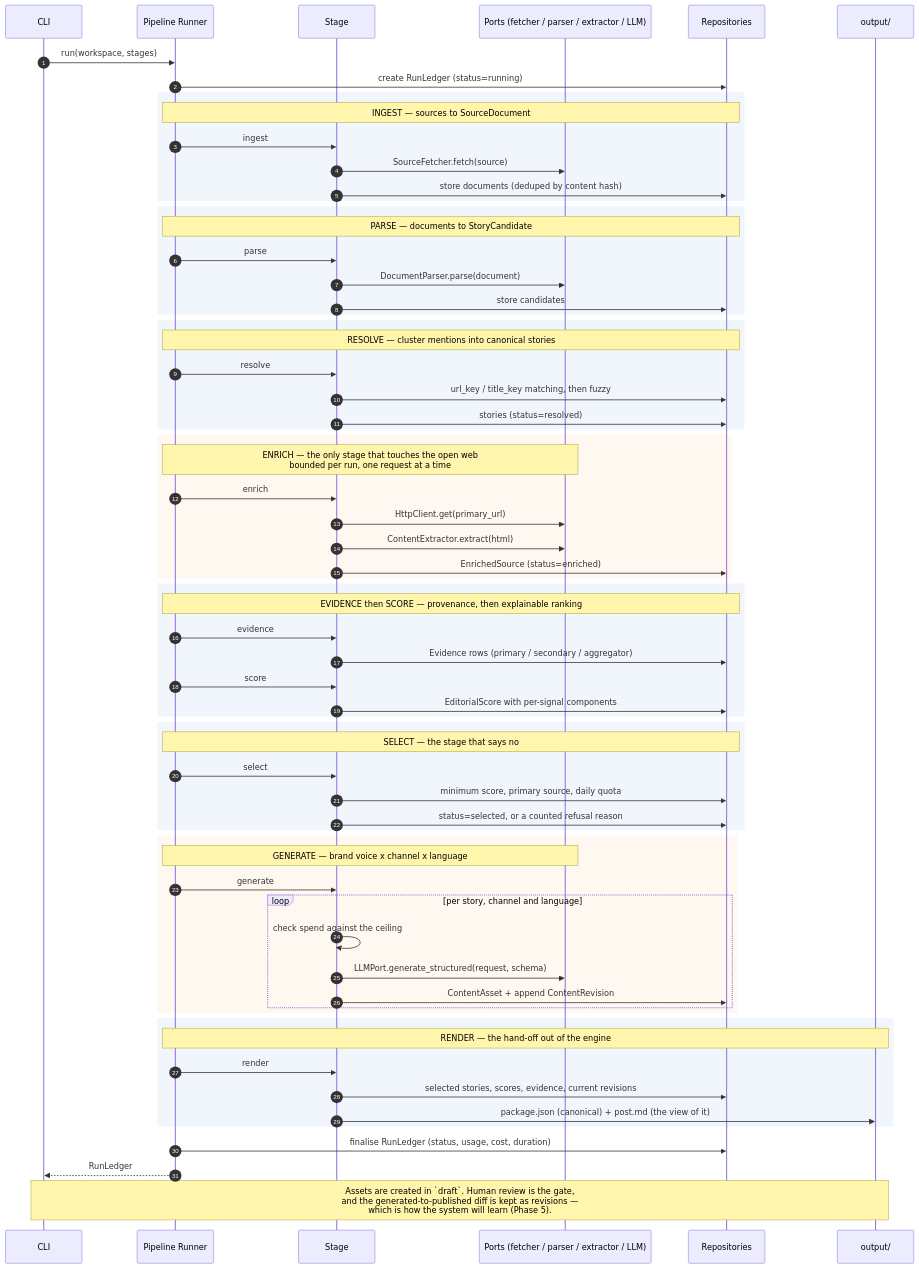
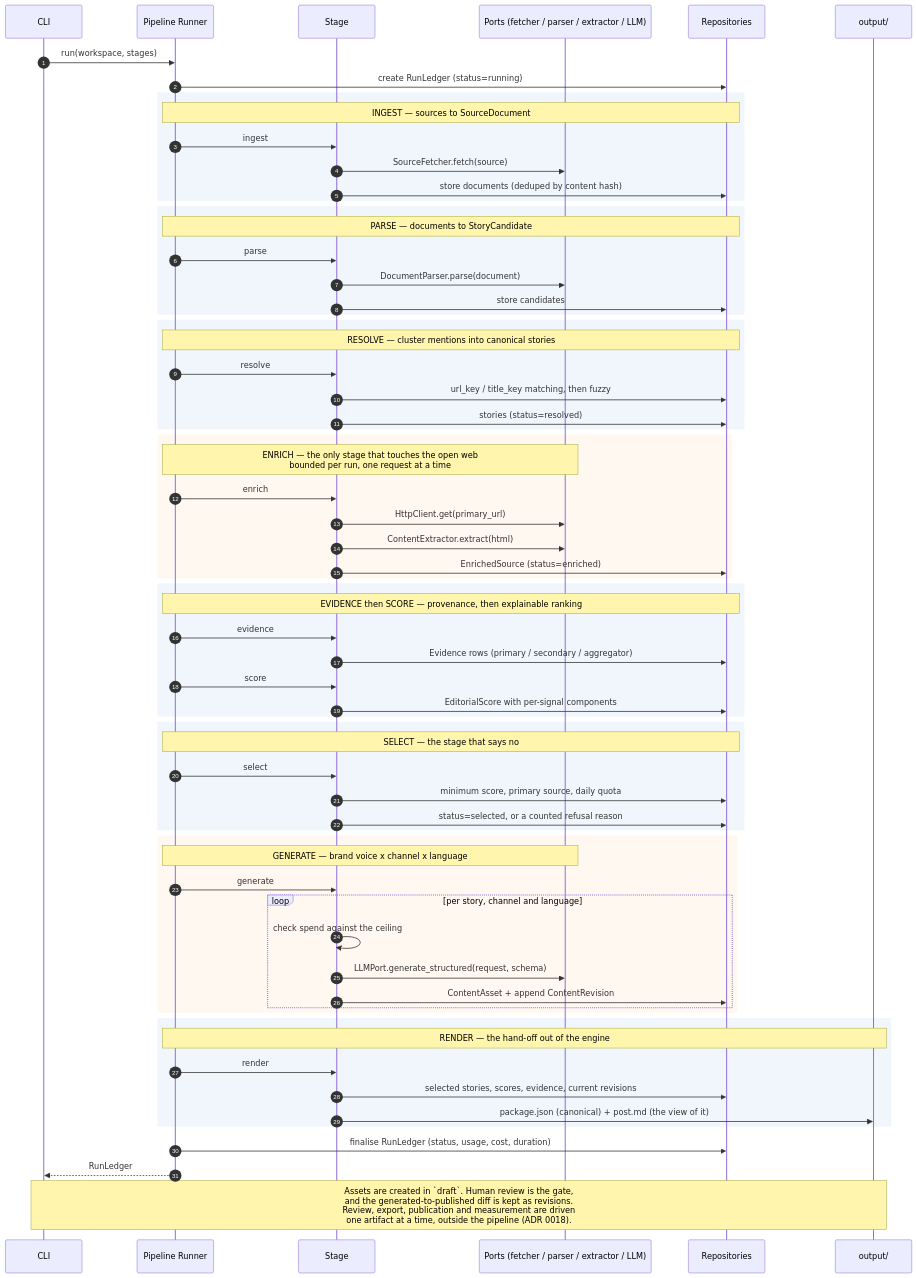
One commit to basltamr31-glitch/AI-Media-Engine changed the sixth of 6 diagrams in docs/DIAGRAMS.md. Above: the diagram before and after it, drawn with Mermaid. The commit also changed other lines of this file and 37 other files, not shown here.

First line of the commit message:
feat(review): phase 5 — review, channel export, publication and measurement

````diff
--- a/docs/DIAGRAMS.md
+++ b/docs/DIAGRAMS.md
@@ -271,79 +271,79 @@
 ```mermaid
 sequenceDiagram
     autonumber
     participant CLI
     participant Runner as Pipeline Runner
     participant Stage
     participant Ports as Ports (fetcher / parser / extractor / LLM)
     participant Repo as Repositories
     participant FS as output/
 
     CLI->>Runner: run(workspace, stages)
     Runner->>Repo: create RunLedger (status=running)
 
     rect rgb(240, 246, 252)
     note over Runner,Repo: INGEST — sources to SourceDocument
     Runner->>Stage: ingest
     Stage->>Ports: SourceFetcher.fetch(source)
     Stage->>Repo: store documents (deduped by content hash)
     end
 
     rect rgb(240, 246, 252)
     note over Runner,Repo: PARSE — documents to StoryCandidate
     Runner->>Stage: parse
     Stage->>Ports: DocumentParser.parse(document)
     Stage->>Repo: store candidates
     end
 
     rect rgb(240, 246, 252)
     note over Runner,Repo: RESOLVE — cluster mentions into canonical stories
     Runner->>Stage: resolve
     Stage->>Repo: url_key / title_key matching, then fuzzy
     Stage->>Repo: stories (status=resolved)
     end
 
     rect rgb(255, 248, 240)
     note over Runner,Ports: ENRICH — the only stage that touches the open web<br/>bounded per run, one request at a time
     Runner->>Stage: enrich
     Stage->>Ports: HttpClient.get(primary_url)
     Stage->>Ports: ContentExtractor.extract(html)
     Stage->>Repo: EnrichedSource (status=enriched)
     end
 
     rect rgb(240, 246, 252)
     note over Runner,Repo: EVIDENCE then SCORE — provenance, then explainable ranking
     Runner->>Stage: evidence
     Stage->>Repo: Evidence rows (primary / secondary / aggregator)
     Runner->>Stage: score
     Stage->>Repo: EditorialScore with per-signal components
     end
 
     rect rgb(240, 246, 252)
     note over Runner,Repo: SELECT — the stage that says no
     Runner->>Stage: select
     Stage->>Repo: minimum score, primary source, daily quota
     Stage->>Repo: status=selected, or a counted refusal reason
     end
 
     rect rgb(255, 248, 240)
     note over Runner,Ports: GENERATE — brand voice x channel x language
     Runner->>Stage: generate
     loop per story, channel and language
         Stage->>Stage: check spend against the ceiling
         Stage->>Ports: LLMPort.generate_structured(request, schema)
         Stage->>Repo: ContentAsset + append ContentRevision
     end
     end
 
     rect rgb(240, 246, 252)
     note over Runner,FS: RENDER — the hand-off out of the engine
     Runner->>Stage: render
     Stage->>Repo: selected stories, scores, evidence, current revisions
     Stage->>FS: package.json (canonical) + post.md (the view of it)
     end
 
     Runner->>Repo: finalise RunLedger (status, usage, cost, duration)
     Runner-->>CLI: RunLedger
 
-    note over CLI,FS: Assets are created in `draft`. Human review is the gate,<br/>and the generated-to-published diff is kept as revisions —<br/>which is how the system will learn (Phase 5).
+    note over CLI,FS: Assets are created in `draft`. Human review is the gate,<br/>and the generated-to-published diff is kept as revisions.<br/>Review, export, publication and measurement are driven<br/>one artifact at a time, outside the pipeline (ADR 0018).
 ```
````
